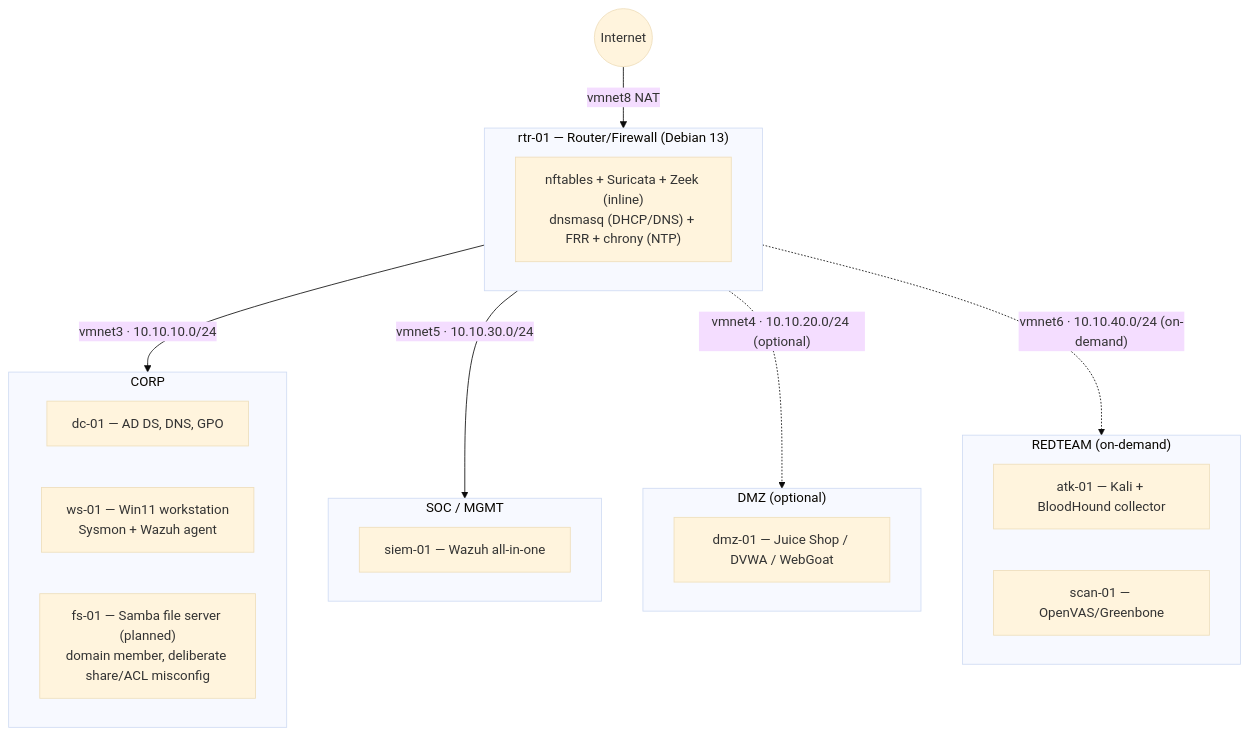
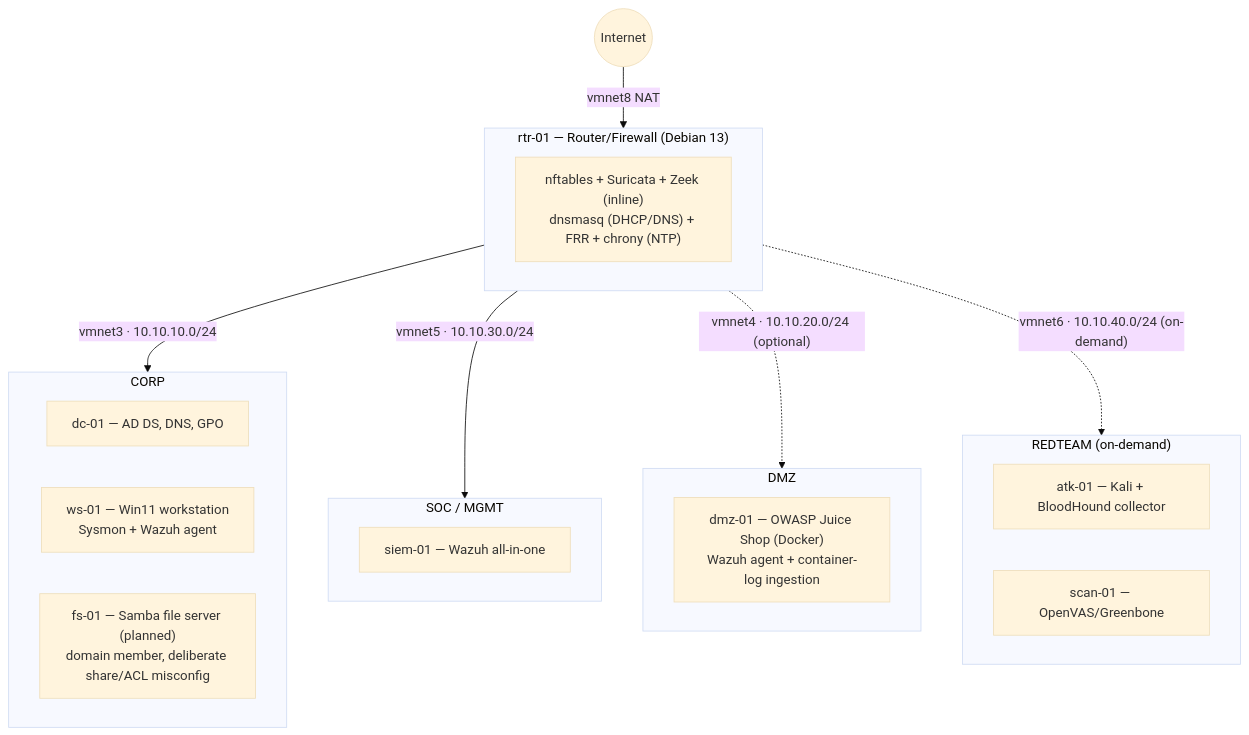
The diagram in README.md (tohudgins/Homelab), drawn with Mermaid (base theme) before and after one commit. The commit also changed other lines of this file and 13 other files, not shown here.

First line of the commit message:
Phase 7: dmz-01 — headless-built DMZ host + dmz role (Juice Shop + Wazuh)

````diff
--- a/README.md
+++ b/README.md
@@ -9,30 +9,31 @@
 ```mermaid
 flowchart TB
     WAN(("Internet")) -->|vmnet8 NAT| RTR
     subgraph RTR["rtr-01 — Router/Firewall (Debian 13)"]
         FW["nftables + Suricata + Zeek (inline)
 dnsmasq (DHCP/DNS) + FRR + chrony (NTP)"]
     end
     RTR -->|"vmnet3 · 10.10.10.0/24"| CORP
     RTR -->|"vmnet5 · 10.10.30.0/24"| SOC
     RTR -.->|"vmnet4 · 10.10.20.0/24 (optional)"| DMZ
     RTR -.->|"vmnet6 · 10.10.40.0/24 (on-demand)"| RED
 
     subgraph CORP["CORP"]
         DC["dc-01 — AD DS, DNS, GPO"]
         WS["ws-01 — Win11 workstation
 Sysmon + Wazuh agent"]
         FS["fs-01 — Samba file server (planned)
 domain member, deliberate share/ACL misconfig"]
     end
     subgraph SOC["SOC / MGMT"]
         SIEM["siem-01 — Wazuh all-in-one"]
     end
-    subgraph DMZ["DMZ (optional)"]
-        DMZH["dmz-01 — Juice Shop / DVWA / WebGoat"]
+    subgraph DMZ["DMZ"]
+        DMZH["dmz-01 — OWASP Juice Shop (Docker)
+Wazuh agent + container-log ingestion"]
     end
     subgraph RED["REDTEAM (on-demand)"]
         ATK["atk-01 — Kali + BloodHound collector"]
         SCAN["scan-01 — OpenVAS/Greenbone"]
     end
 ```
````
